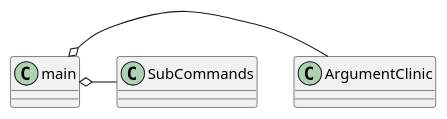
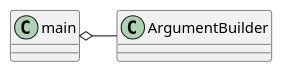
The diagram in ape/main.rst (russell-n/theape), drawn with PlantUML before and after one commit. The commit also changed 131 other files, not shown here.

Commit message:
removed ArgumentClinic, replaced with docopt-based command line parser

```diff
--- a/ape/main.rst
+++ b/ape/main.rst
@@ -6,4 +6,3 @@
 .. uml::
 
-   main o- ArgumentClinic
-   main o- SubCommands
+   main o- ArgumentBuilder
```
